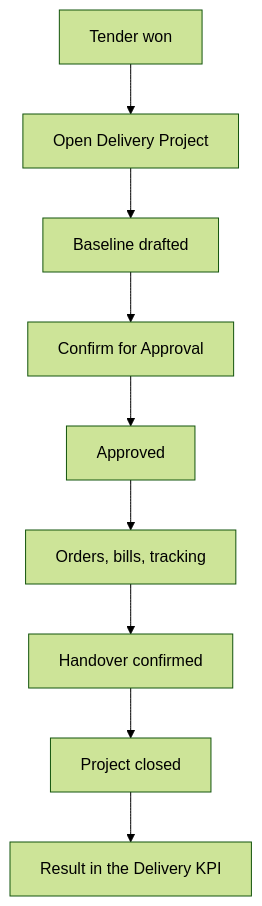
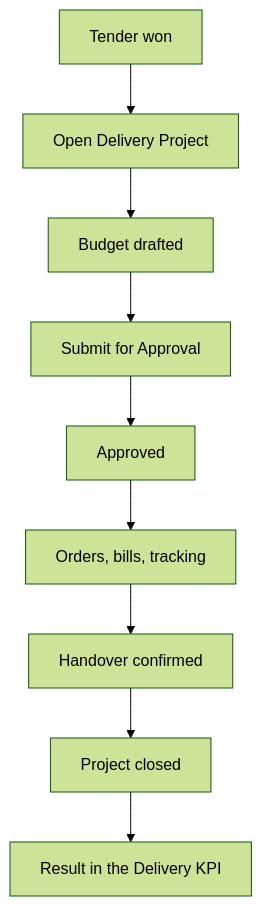
One commit to dennokorir/tritel_erp_training changed the second of 2 diagrams in training-portal/src/content/docs/projects/index.mdx. Above: the diagram before and after it, drawn with Mermaid (forest theme). The commit also changed other lines of this file and 146 other files, not shown here.

````diff
--- a/training-portal/src/content/docs/projects/index.mdx
+++ b/training-portal/src/content/docs/projects/index.mdx
@@ -79,12 +102,12 @@
 ```mermaid
 flowchart TD
 %% docs-sync: shows tritel_project_delivery:menu:menu_delivery_config, tritel_project_delivery:menu:menu_delivery_root, tritel_project_delivery:selection:project.project.delivery_baseline_state, tritel_project_delivery:selection:project.project.handover_state, tritel_project_delivery:view_ext:analytic.view_account_analytic_account_form:button:delivery-project, tritel_project_delivery:view_ext:project.edit_project:button:handover, tritel_project_delivery:view_ext:project.edit_project:page:delivery, tritel_project_delivery:view_ext:tritel_tender_tracker.view_tender_form:button:open-delivery-project, tritel_project_delivery:view_ext:tritel_tender_tracker.view_tender_form:field:delivery
   A["Tender won"] --> B["Open Delivery Project"]
-  B --> C["Baseline drafted"]
-  C --> D["Confirm for Approval"]
+  B --> C["Budget drafted"]
+  C --> D["Submit for Approval"]
   D --> E["Approved"]
   E --> F["Orders, bills, tracking"]
   F --> G["Handover confirmed"]
   G --> H["Project closed"]
   H --> I["Result in the Delivery KPI"]
 ```
````
